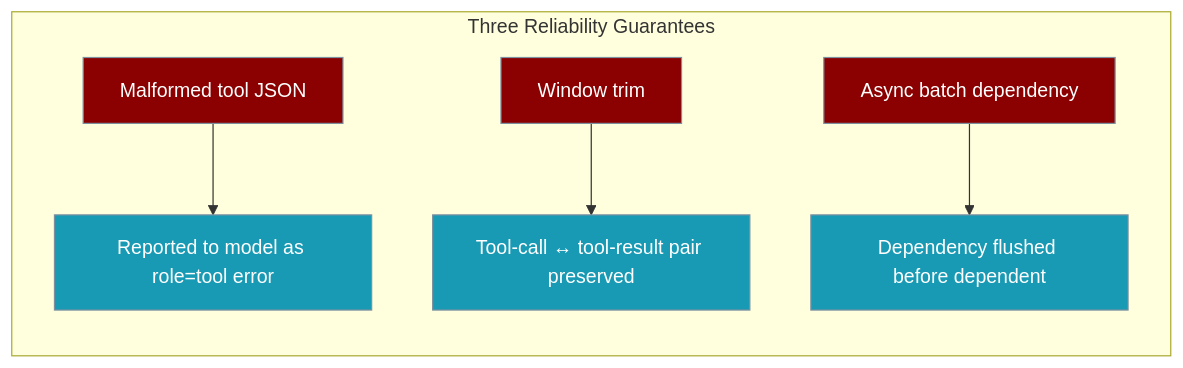
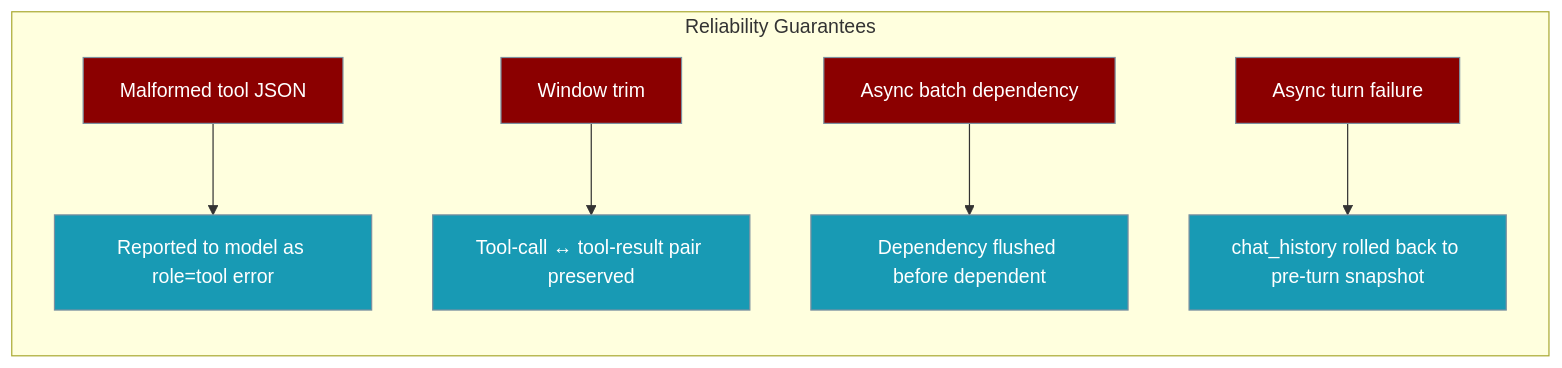
The first of 4 diagrams in docs/features/reliability-guarantees.mdx (MervinPraison/PraisonAIDocs), drawn with Mermaid before and after one commit. The commit also changed other lines of this file and 3 other files, not shown here.

````diff
--- a/docs/features/reliability-guarantees.mdx
+++ b/docs/features/reliability-guarantees.mdx
@@ -47,14 +47,15 @@
 ```mermaid
 graph LR
-    subgraph "Three Reliability Guarantees"
+    subgraph "Reliability Guarantees"
         A[Malformed tool JSON] --> B[Reported to model as role=tool error]
         C[Window trim] --> D[Tool-call ↔ tool-result pair preserved]
         E[Async batch dependency] --> F[Dependency flushed before dependent]
+        G[Async turn failure] --> H[chat_history rolled back to pre-turn snapshot]
     end
 
     classDef failure fill:#8B0000,stroke:#7C90A0,color:#fff
     classDef recovery fill:#189AB4,stroke:#7C90A0,color:#fff
 
-    class A,C,E failure
-    class B,D,F recovery
+    class A,C,E,G failure
+    class B,D,F,H recovery
 ```
````
